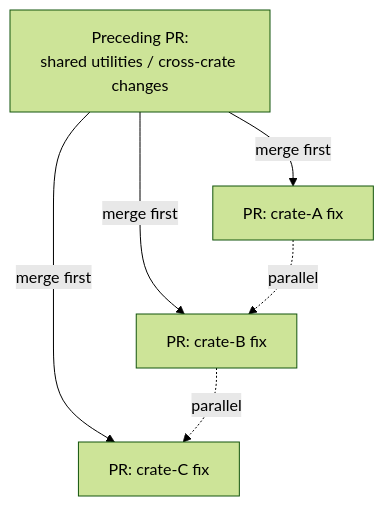
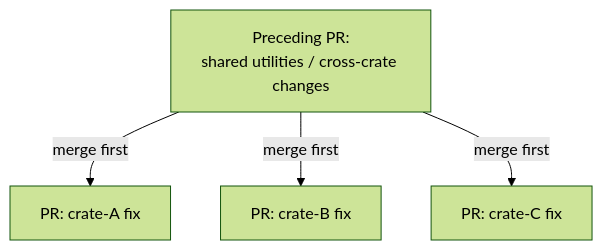
One commit to kent8192/reinhardt changed the second of 2 diagrams in instructions/ISSUE_HANDLING.md. Above: the diagram before and after it, drawn with Mermaid (forest theme). The commit also changed other lines of this file and 3 other files, not shown here.

````diff
--- a/instructions/ISSUE_HANDLING.md
+++ b/instructions/ISSUE_HANDLING.md
@@ -183,8 +183,6 @@
 ```mermaid
 flowchart TD
     P["Preceding PR:<br/>shared utilities / cross-crate changes"] --> |merge first| A["PR: crate-A fix"]
     P --> |merge first| B["PR: crate-B fix"]
     P --> |merge first| C["PR: crate-C fix"]
-    A -.-> |parallel| B
-    B -.-> |parallel| C
 ```
````
